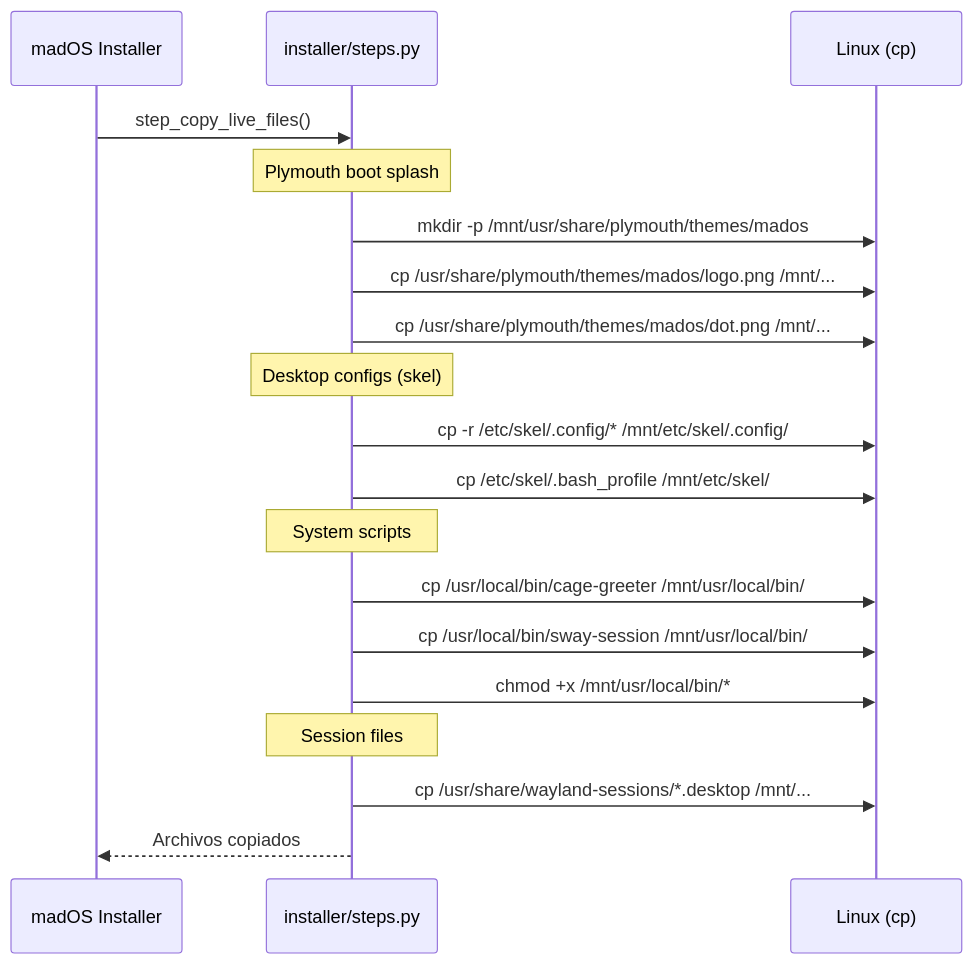
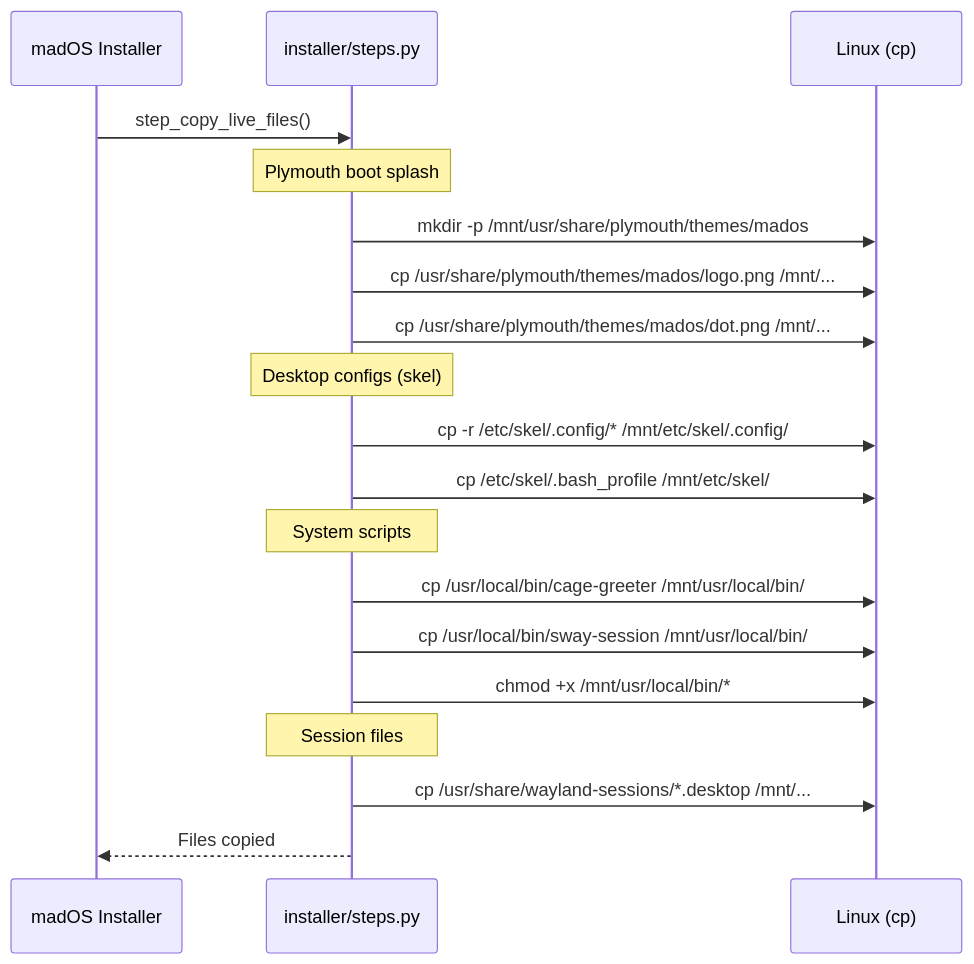
Before and after one commit to madoslinux/mados-installer: the sixth of 12 diagrams in INSTALLATION_FLOW.md, drawn with Mermaid. The commit also changed other lines of this file and 1 other file, not shown here.

````diff
--- a/INSTALLATION_FLOW.md
+++ b/INSTALLATION_FLOW.md
@@ -128,27 +128,27 @@
 ```mermaid
 sequenceDiagram
     participant App as madOS Installer
     participant Steps as installer/steps.py
     participant System as Linux (cp)
 
     App->>Steps: step_copy_live_files()
 
     Note over Steps: Plymouth boot splash
     Steps->>System: mkdir -p /mnt/usr/share/plymouth/themes/mados
     Steps->>System: cp /usr/share/plymouth/themes/mados/logo.png /mnt/...
     Steps->>System: cp /usr/share/plymouth/themes/mados/dot.png /mnt/...
 
     Note over Steps: Desktop configs (skel)
     Steps->>System: cp -r /etc/skel/.config/* /mnt/etc/skel/.config/
     Steps->>System: cp /etc/skel/.bash_profile /mnt/etc/skel/
 
     Note over Steps: System scripts
     Steps->>System: cp /usr/local/bin/cage-greeter /mnt/usr/local/bin/
     Steps->>System: cp /usr/local/bin/sway-session /mnt/usr/local/bin/
     Steps->>System: chmod +x /mnt/usr/local/bin/*
 
     Note over Steps: Session files
     Steps->>System: cp /usr/share/wayland-sessions/*.desktop /mnt/...
 
-    Steps-->>App: Archivos copiados
+    Steps-->>App: Files copied
 ```
````
